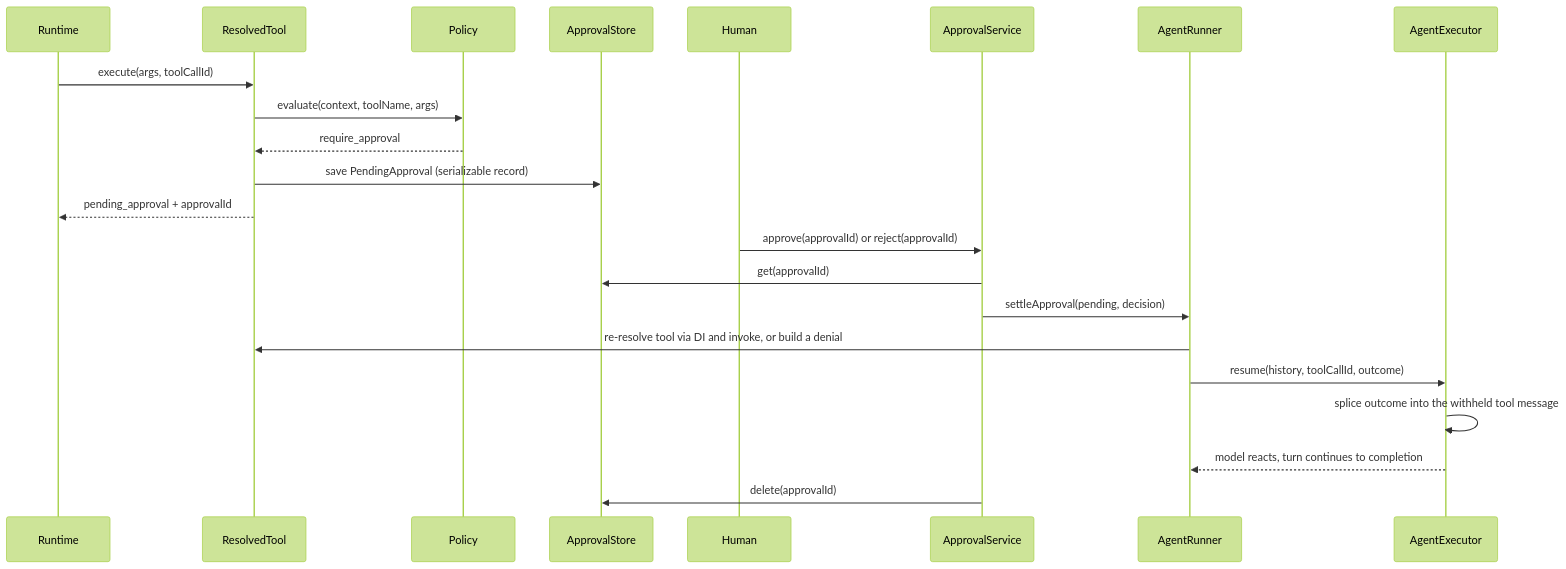
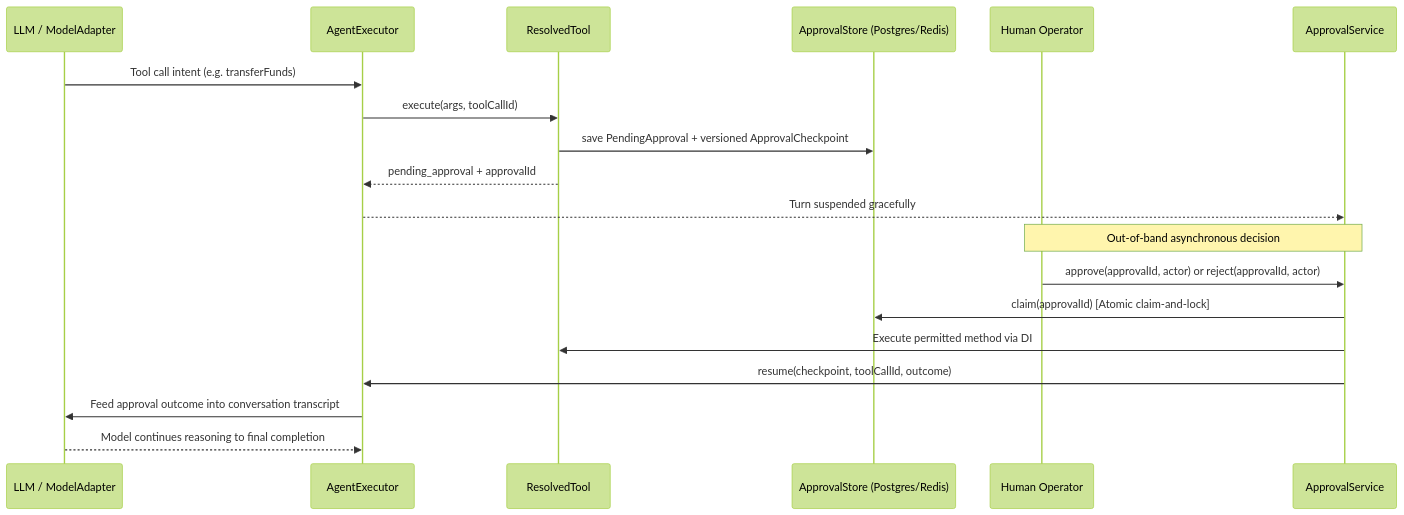
The second of 2 diagrams in docs/ARCHITECTURE.md (irzix/nestjs-agentic), drawn with Mermaid (forest theme) before and after one commit. The commit also changed other lines of this file and 2 other files, not shown here.

Commit message:
docs: update architecture guide and roadmap to v1.0.0 GA specification (#122)

````diff
--- a/docs/ARCHITECTURE.md
+++ b/docs/ARCHITECTURE.md
@@ -95,25 +125,24 @@
 ```mermaid
 sequenceDiagram
-    participant Runtime
+    participant Model as LLM / ModelAdapter
+    participant Executor as AgentExecutor
     participant Tool as ResolvedTool
-    participant Policy
-    participant Store as ApprovalStore
-    participant Human
+    participant Store as ApprovalStore (Postgres/Redis)
+    participant Human as Human Operator
     participant Service as ApprovalService
-    participant Runner as AgentRunner
-    participant Executor as AgentExecutor
 
-    Runtime->>Tool: execute(args, toolCallId)
-    Tool->>Policy: evaluate(context, toolName, args)
-    Policy-->>Tool: require_approval
-    Tool->>Store: save PendingApproval (serializable record)
-    Tool-->>Runtime: pending_approval + approvalId
-    Human->>Service: approve(approvalId) or reject(approvalId)
-    Service->>Store: get(approvalId)
-    Service->>Runner: settleApproval(pending, decision)
-    Runner->>Tool: re-resolve tool via DI and invoke, or build a denial
-    Runner->>Executor: resume(history, toolCallId, outcome)
-    Executor->>Executor: splice outcome into the withheld tool message
-    Executor-->>Runner: model reacts, turn continues to completion
-    Service->>Store: delete(approvalId)
+    Model->>Executor: Tool call intent (e.g. transferFunds)
+    Executor->>Tool: execute(args, toolCallId)
+    Tool->>Store: save PendingApproval + versioned ApprovalCheckpoint
+    Tool-->>Executor: pending_approval + approvalId
+    Executor-->>Service: Turn suspended gracefully
+
+    Note over Human,Service: Out-of-band asynchronous decision
+
+    Human->>Service: approve(approvalId, actor) or reject(approvalId, actor)
+    Service->>Store: claim(approvalId) [Atomic claim-and-lock]
+    Service->>Tool: Execute permitted method via DI
+    Service->>Executor: resume(checkpoint, toolCallId, outcome)
+    Executor->>Model: Feed approval outcome into conversation transcript
+    Model-->>Executor: Model continues reasoning to final completion
 ```
````
